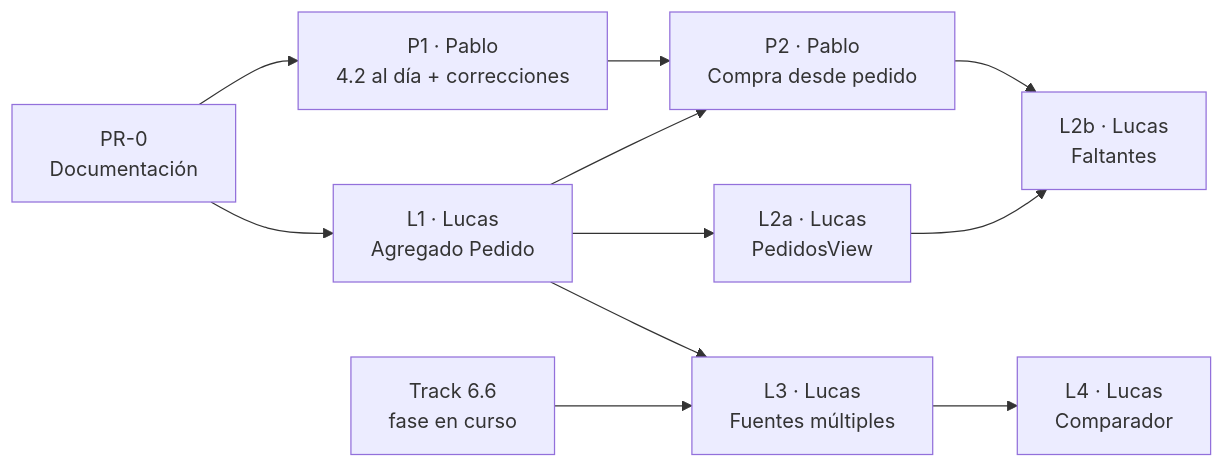
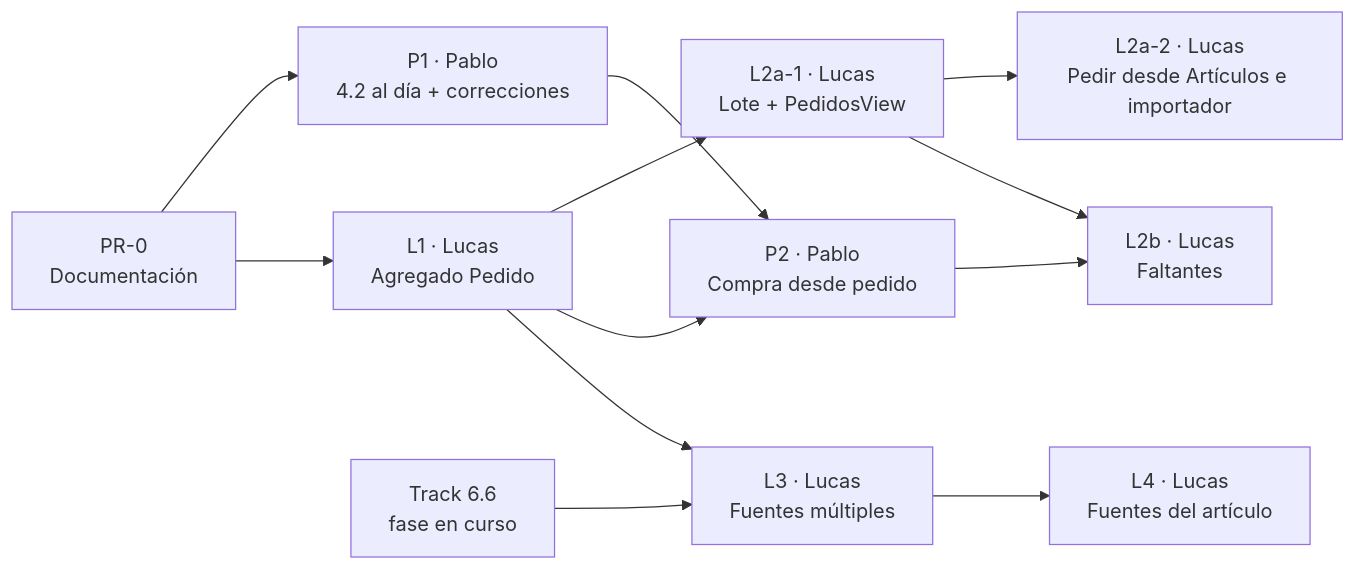
The second of 5 diagrams in docs/roadmap/etapa-4-track-4.3-abastecimiento.md (lucaskruzolek/retail), drawn with Mermaid before and after one commit. The commit also changed other lines of this file and 2 other files, not shown here.

Commit message:
docs(pedidos): dos entradas para pedir y modal de fuentes del artículo (Track 4.3, A-17 y A-18)

````diff
--- a/docs/roadmap/etapa-4-track-4.3-abastecimiento.md
+++ b/docs/roadmap/etapa-4-track-4.3-abastecimiento.md
@@ -48,13 +49,14 @@
 ```mermaid
 graph LR
     PR0["PR-0<br/>Documentación"] --> P1["P1 · Pablo<br/>4.2 al día + correcciones"]
     PR0 --> L1["L1 · Lucas<br/>Agregado Pedido"]
-    L1 --> L2a["L2a · Lucas<br/>PedidosView"]
+    L1 --> L2a1["L2a-1 · Lucas<br/>Lote + PedidosView"]
+    L2a1 --> L2a2["L2a-2 · Lucas<br/>Pedir desde Artículos e importador"]
     L1 --> P2["P2 · Pablo<br/>Compra desde pedido"]
     P1 --> P2
-    L2a --> L2b["L2b · Lucas<br/>Faltantes"]
+    L2a1 --> L2b["L2b · Lucas<br/>Faltantes"]
     P2 --> L2b
     T66["Track 6.6<br/>fase en curso"] --> L3["L3 · Lucas<br/>Fuentes múltiples"]
     L1 --> L3
-    L3 --> L4["L4 · Lucas<br/>Comparador"]
+    L3 --> L4["L4 · Lucas<br/>Fuentes del artículo"]
 ```
````
